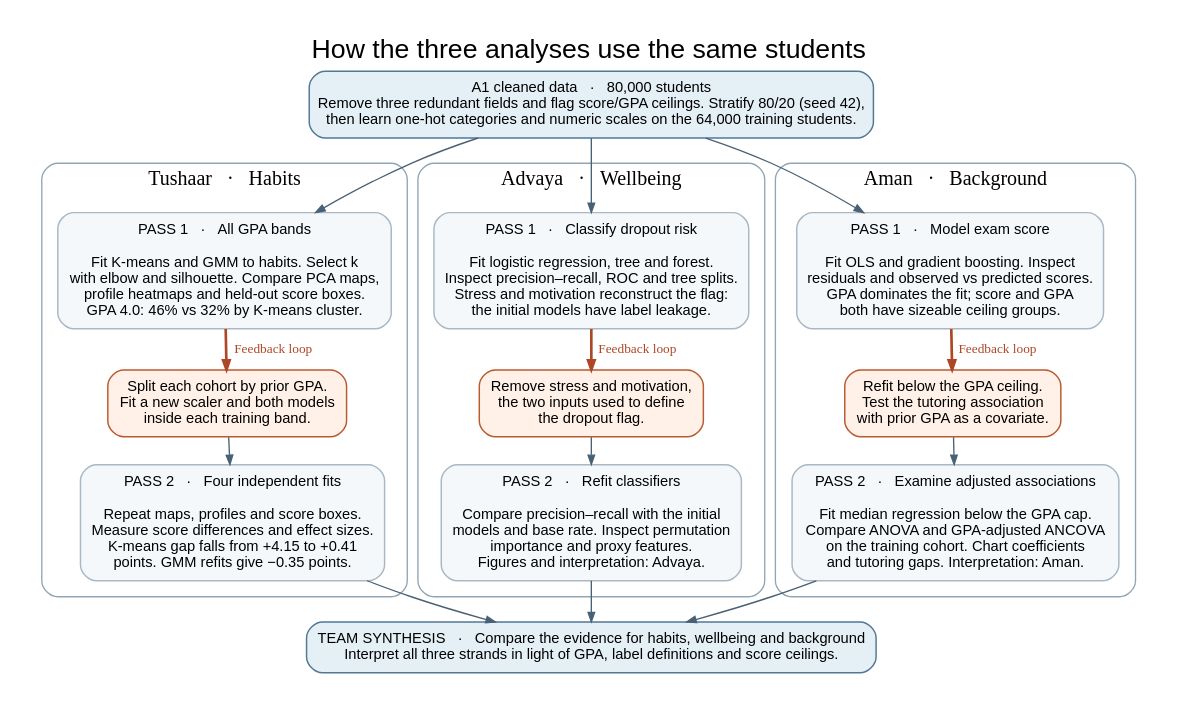
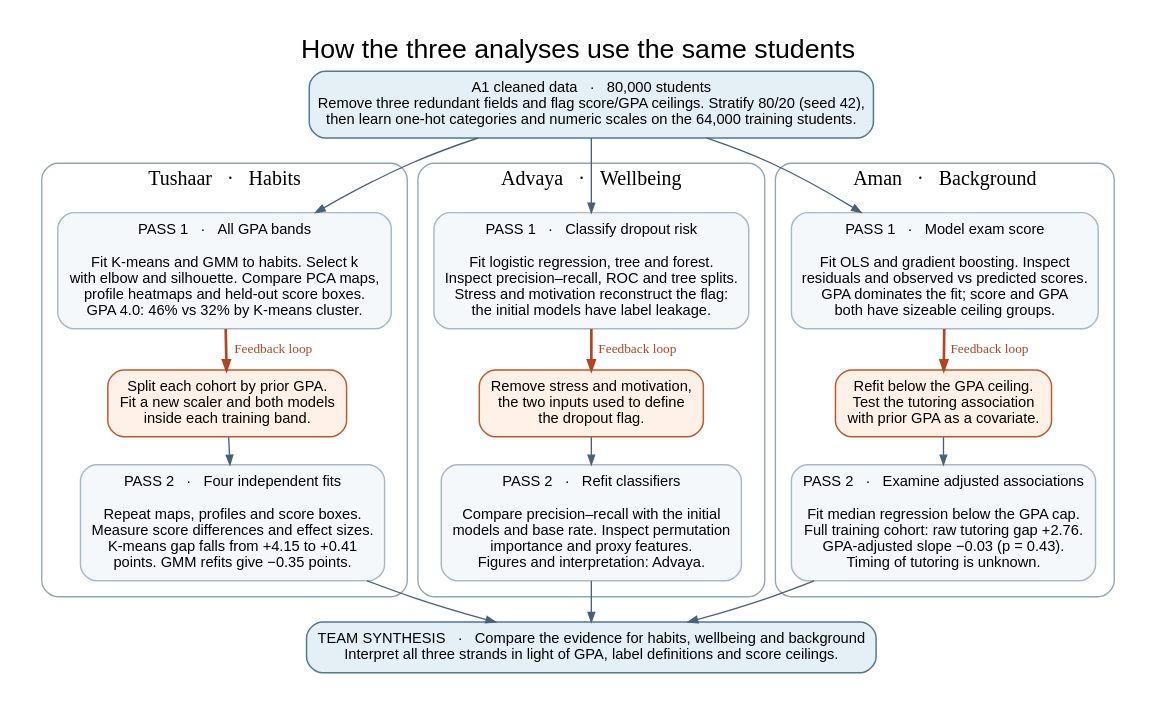
The diagram in diagrams/A3_master_workflow.dot (Tushaarkolipakula/DV), drawn with Graphviz before and after one commit. The commit also changed 17 other files, not shown here.

Commit message:
Verify Aman's regression workflow and publish its figures and results

```diff
--- a/diagrams/A3_master_workflow.dot
+++ b/diagrams/A3_master_workflow.dot
@@ -1,47 +1,47 @@
 // Render from the repo root with Graphviz:
 // dot -Tpng -Gdpi=170 diagrams/A3_master_workflow.dot -o images/A3_master_workflow.png
 // dot -Tpdf diagrams/A3_master_workflow.dot -o diagrams/A3_master_workflow.pdf
 digraph A3 {
   graph [newrank=true, pad=.22, nodesep=.30, ranksep=.27, bgcolor="white", fontname="Arial",
          label="How the three analyses use the same students", labelloc=t, fontsize=20];
   node [shape=box, style="rounded,filled", fontname="Arial", fontsize=11,
         color="#A9B8C4", fillcolor="#F5F8FA", margin=".14,.10", penwidth=1.1];
   edge [fontname="Arial", fontsize=10, color="#496175", arrowsize=.70];
 
   source [label="A1 cleaned data   ·   80,000 students\nRemove three redundant fields and flag score/GPA ceilings. Stratify 80/20 (seed 42),\nthen learn one-hot categories and numeric scales on the 64,000 training students.",
           fillcolor="#E5EFF6", color="#527895"];
 
   subgraph cluster_h {
     label="Tushaar   ·   Habits"; fontname="Arial Bold"; fontsize=15;
     style="rounded"; color="#91A6B3"; margin=12;
     h1 [label="PASS 1   ·   All GPA bands\n\nFit K-means and GMM to habits. Select k\nwith elbow and silhouette. Compare PCA maps,\nprofile heatmaps and held-out score boxes.\nGPA 4.0: 46% vs 32% by K-means cluster."];
     ht [label="Split each cohort by prior GPA.\nFit a new scaler and both models\ninside each training band.", fillcolor="#FFF1E8",color="#B95A30"];
     h2 [label="PASS 2   ·   Four independent fits\n\nRepeat maps, profiles and score boxes.\nMeasure score differences and effect sizes.\nK-means gap falls from +4.15 to +0.41\npoints. GMM refits give −0.35 points."];
     h1 -> ht [label="Feedback loop", fontname="Arial Bold", color="#AD4726", fontcolor="#AD4726",penwidth=2];
     ht -> h2;
   }
   subgraph cluster_w {
     label="Advaya   ·   Wellbeing"; fontname="Arial Bold"; fontsize=15;
     style="rounded"; color="#91A6B3"; margin=12;
     w1 [label="PASS 1   ·   Classify dropout risk\n\nFit logistic regression, tree and forest.\nInspect precision–recall, ROC and tree splits.\nStress and motivation reconstruct the flag: \nthe initial models have label leakage."];
     wt [label="Remove stress and motivation,\nthe two inputs used to define\nthe dropout flag.", fillcolor="#FFF1E8",color="#B95A30"];
     w2 [label="PASS 2   ·   Refit classifiers\n\nCompare precision–recall with the initial\nmodels and base rate. Inspect permutation\nimportance and proxy features.\nFigures and interpretation: Advaya."];
     w1 -> wt [label="Feedback loop", fontname="Arial Bold", color="#AD4726", fontcolor="#AD4726",penwidth=2];
     wt -> w2;
   }
   subgraph cluster_b {
     label="Aman   ·   Background"; fontname="Arial Bold"; fontsize=15;
     style="rounded"; color="#91A6B3"; margin=12;
     b1 [label="PASS 1   ·   Model exam score\n\nFit OLS and gradient boosting. Inspect\nresiduals and observed vs predicted scores.\nGPA dominates the fit; score and GPA\nboth have sizeable ceiling groups."];
     bt [label="Refit below the GPA ceiling.\nTest the tutoring association\nwith prior GPA as a covariate.", fillcolor="#FFF1E8",color="#B95A30"];
-    b2 [label="PASS 2   ·   Examine adjusted associations\n\nFit median regression below the GPA cap.\nCompare ANOVA and GPA-adjusted ANCOVA\non the training cohort. Chart coefficients\nand tutoring gaps. Interpretation: Aman."];
+    b2 [label="PASS 2   ·   Examine adjusted associations\n\nFit median regression below the GPA cap.\nFull training cohort: raw tutoring gap +2.76.\nGPA-adjusted slope −0.03 (p = 0.43).\nTiming of tutoring is unknown."];
     b1 -> bt [label="Feedback loop", fontname="Arial Bold", color="#AD4726", fontcolor="#AD4726",penwidth=2];
     bt -> b2;
   }
   {rank=same; h1; w1; b1;}
   {rank=same; ht; wt; bt;}
   {rank=same; h2; w2; b2;}
   source -> {h1 w1 b1};
   synthesis [label="TEAM SYNTHESIS   ·   Compare the evidence for habits, wellbeing and background\nInterpret all three strands in light of GPA, label definitions and score ceilings.", fillcolor="#E5EFF6",color="#527895"];
   {h2 w2 b2} -> synthesis;
 }
```
